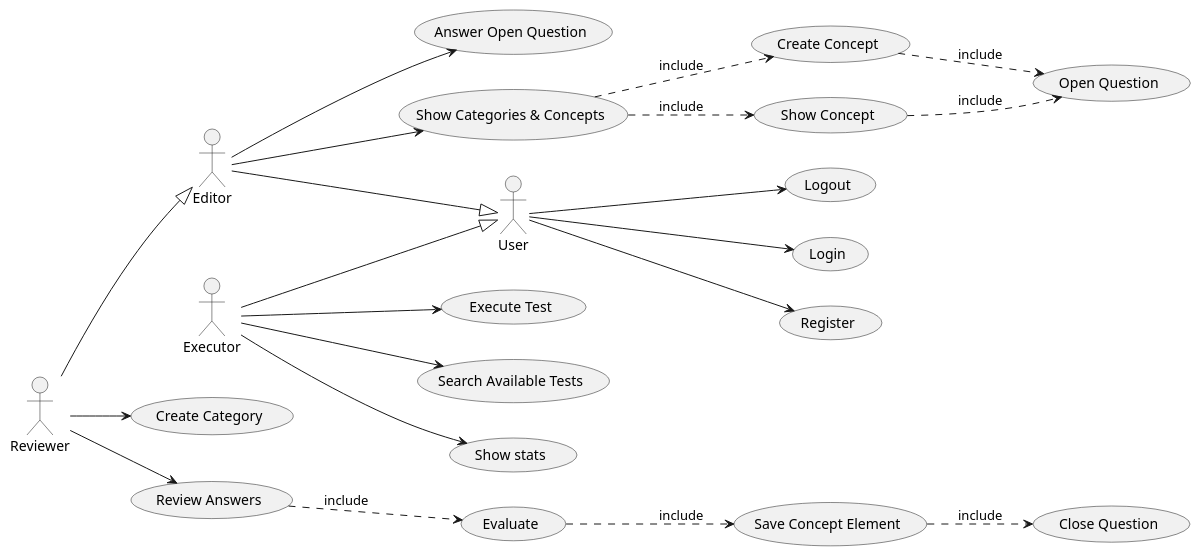
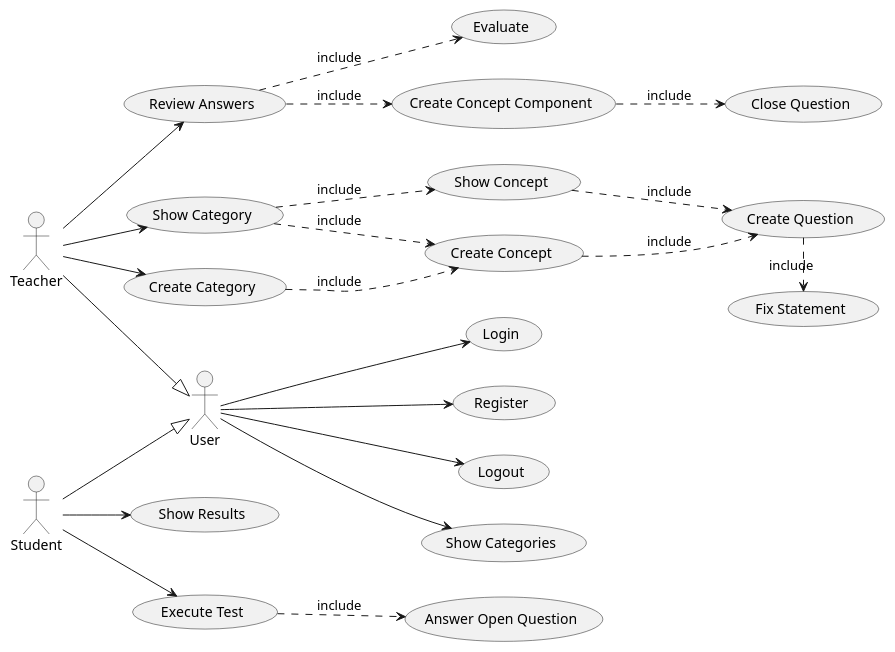
The diagram in doc/useCases_app.puml (Joselon/ProyectoOpoTest), drawn with PlantUML before and after one commit. The commit also changed 9 other files, not shown here.

```diff
--- a/doc/useCases_app.puml
+++ b/doc/useCases_app.puml
@@ -1,53 +1,55 @@
 @startuml useCases_app
 left to right direction
 actor User
-actor Editor
-actor Reviewer
+actor Teacher
+actor Student
 usecase "Login" as login
 usecase "Register" as register
 usecase "Logout" as logout
 
-usecase "Show Categories & Concepts" as showCat
+usecase "Show Categories" as showCats
+usecase "Show Category" as showCat
 usecase "Show Concept" as showCon
 usecase "Create Concept" as createConcept
-usecase "Open Question" as createQ
+usecase "Create Question" as createQ
+usecase "Fix Statement" as fixQ
 usecase "Close Question" as closeQ
 
-usecase "Search Available Tests" as searchT
-usecase "Show stats" as stats
+usecase "Show Results" as showRes
 usecase "Execute Test" as execT
 
 usecase "Create Category" as createCat
 usecase "Answer Open Question" as answerQ
 usecase "Evaluate" as eval
 usecase "Review Answers" as reviewQ
-usecase "Save Concept Element" as saveToC
+usecase "Create Concept Component" as createCC
 
+User --> login
+User --> register
+User --> logout
+User --> showCats
 
-Editor --|> User
-Reviewer --|> Editor
-Executor --|> User
+Teacher --|> User
+Student --|> User
 
-Editor --> showCat
+Teacher --> showCat
  showCat ..> showCon: include
  showCat ..> createConcept : include
  createConcept ..> createQ : include
  showCon ..> createQ : include
-Editor --> answerQ
+ createQ .> fixQ :include
+Teacher --> createCat
+ createCat ..> createConcept :include
+Teacher --> reviewQ
+ reviewQ ..> eval :include
+ reviewQ ..> createCC :include
+ createCC ..> closeQ :include
 
-User --> login
-User --> register
-User --> logout
+Student --> showRes
+Student --> execT
+ execT ..> answerQ  :include
 
-Executor --> searchT
-Executor --> stats
-Executor --> execT
 
-Reviewer --> createCat
-Reviewer --> reviewQ
-    reviewQ ..> eval :include
-    eval ..> saveToC :include
-    saveToC ..> closeQ :include
 
 
 @enduml
```
